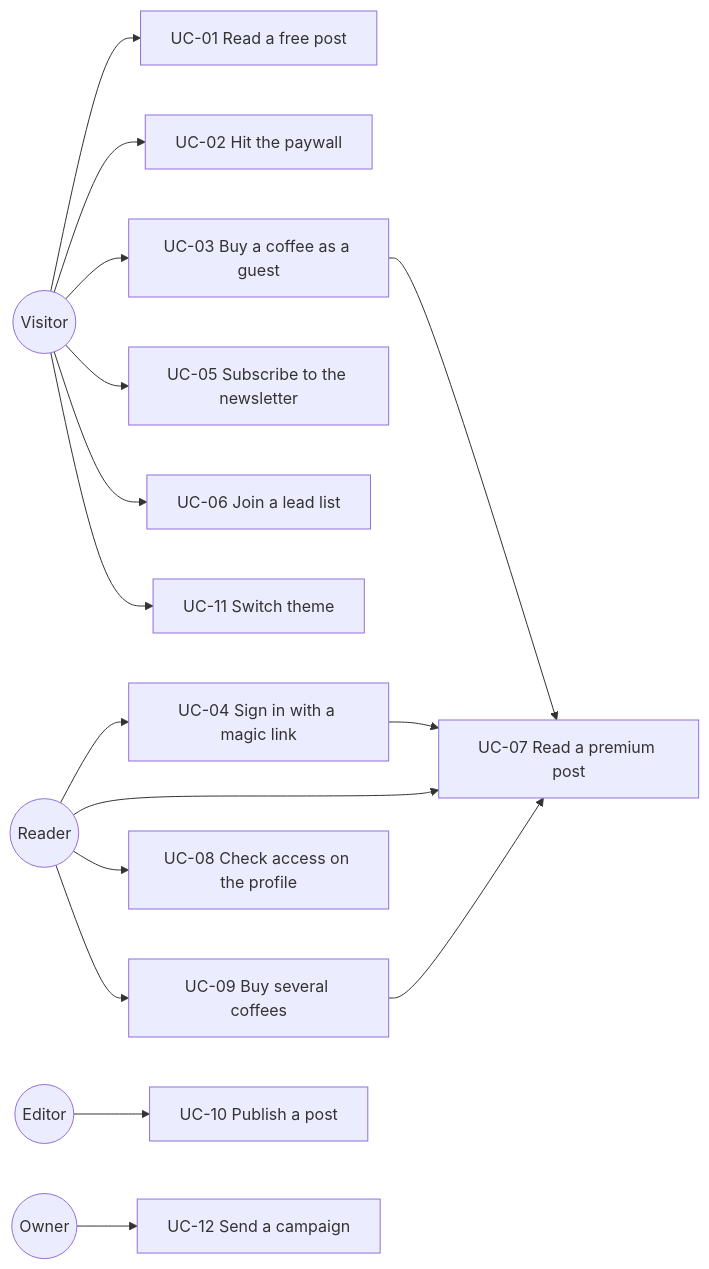
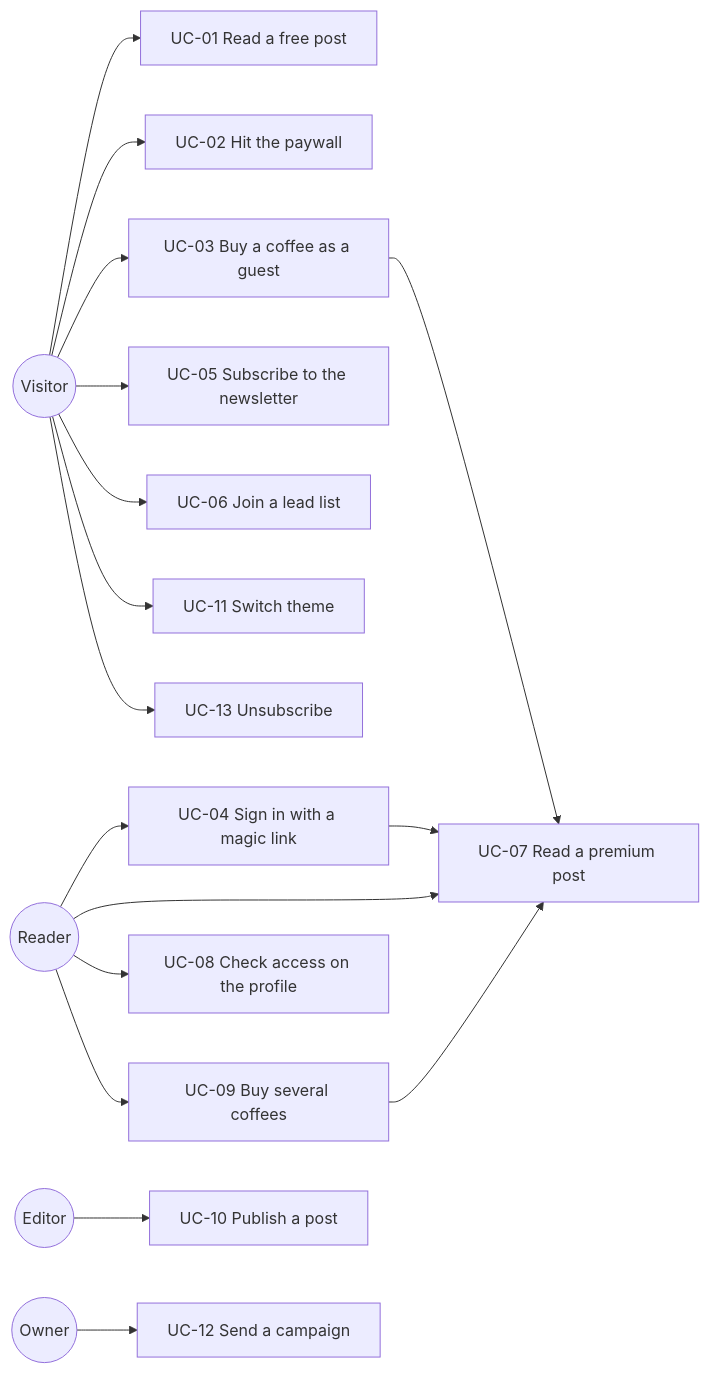
One commit to arqui-dev/sweai-base-apps changed the diagram in docs/use-cases.md. Above: the diagram before and after it, drawn with Mermaid. The commit also changed other lines of this file and 16 other files, not shown here.

````diff
--- a/docs/use-cases.md
+++ b/docs/use-cases.md
@@ -7,21 +7,22 @@
 ```mermaid
 flowchart LR
   V((Visitor)) --> UC1[UC-01 Read a free post]
   V --> UC2[UC-02 Hit the paywall]
   V --> UC3[UC-03 Buy a coffee as a guest]
   V --> UC5[UC-05 Subscribe to the newsletter]
   V --> UC6[UC-06 Join a lead list]
   V --> UC11[UC-11 Switch theme]
+  V --> UC13[UC-13 Unsubscribe]
 
   R((Reader)) --> UC4[UC-04 Sign in with a magic link]
   R --> UC7[UC-07 Read a premium post]
   R --> UC8[UC-08 Check access on the profile]
   R --> UC9[UC-09 Buy several coffees]
 
   E((Editor)) --> UC10[UC-10 Publish a post]
   O((Owner)) --> UC12[UC-12 Send a campaign]
 
   UC3 --> UC7
   UC4 --> UC7
   UC9 --> UC7
 ```
````
